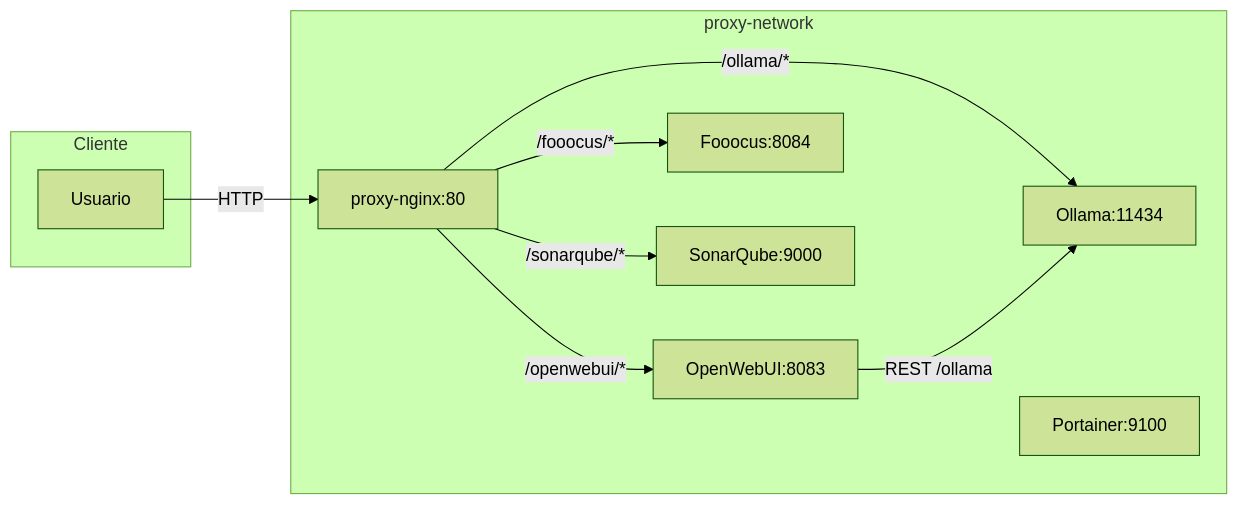
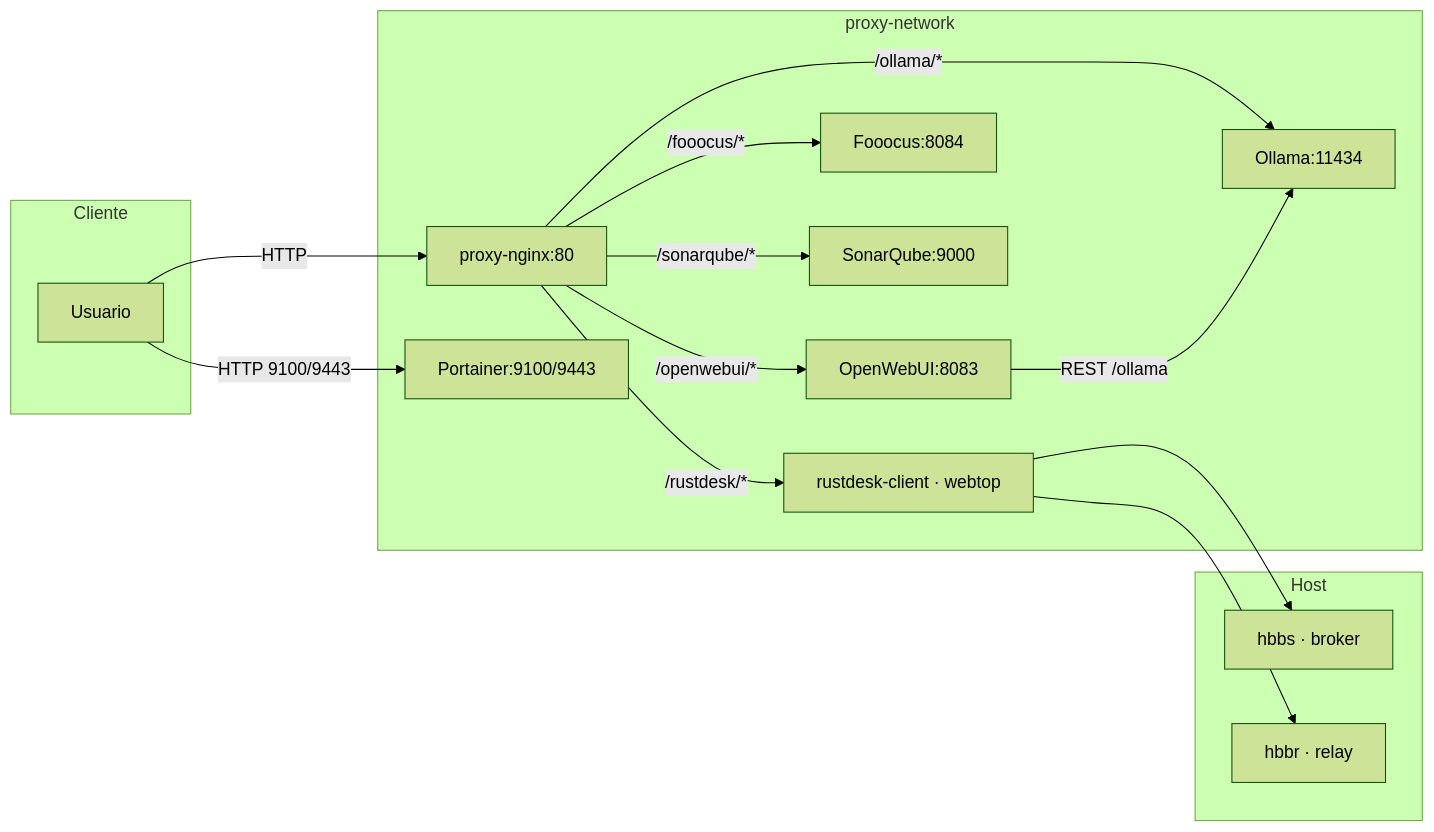
Before and after one commit to karba98/DockerLocalEcosystem: the diagram in README.md, drawn with Mermaid (forest theme). The commit also changed other lines of this file and 14 other files, not shown here.

````diff
--- a/README.md
+++ b/README.md
@@ -7,21 +7,31 @@
 ```mermaid
 flowchart LR
     subgraph Cliente
         U[Usuario]
     end
     subgraph proxy-network
         N[proxy-nginx:80]
         OL[Ollama:11434]
         OW[OpenWebUI:8083]
         F[Fooocus:8084]
         S[SonarQube:9000]
-        P[Portainer:9100]
+        RDC[rustdesk-client · webtop]
+    %% Portainer es un stack separado pero comparte esta red
+    P[Portainer:9100/9443]
+    end
+    subgraph Host
+        HBS[hbbs · broker]
+        HBR[hbbr · relay]
     end
     U -->|HTTP| N
+    U -->|HTTP 9100/9443| P
     N -->|/ollama/*| OL
     N -->|/openwebui/*| OW
     %% (Fooocus y Sonar pueden estar comentados en nginx.conf si no se usan)
     N -->|/fooocus/*| F
     N -->|/sonarqube/*| S
     OW -->|REST /ollama| OL
+    N -->|/rustdesk/*| RDC
+    RDC --> HBS
+    RDC --> HBR
 ```
````
